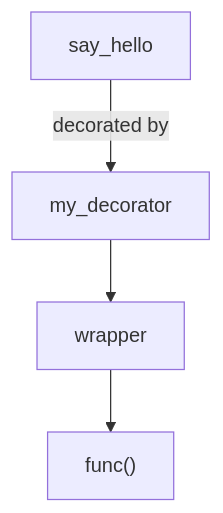
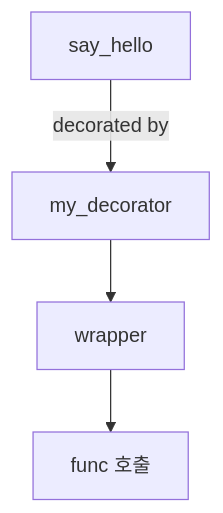
Before and after one commit to 42jerrykim/42jerrykim.github.io: the second of 16 diagrams in content/post/2024/2024-10-17-python-decorator/index.md, drawn with Mermaid. The commit also changed other lines of this file and 239 other files, not shown here.

````diff
--- a/content/post/2024/2024-10-17-python-decorator/index.md
+++ b/content/post/2024/2024-10-17-python-decorator/index.md
@@ -214,6 +173,10 @@
 ```mermaid
-graph TD;
-    A[say_hello] -->|decorated by| B[my_decorator]
-    B --> C[wrapper]
-    C --> D["func()"]
+graph TD
+    SayHello["say_hello"]
+    MyDecorator["my_decorator"]
+    Wrapper["wrapper"]
+    FuncCall["func 호출"]
+    SayHello -->|"decorated by"| MyDecorator
+    MyDecorator --> Wrapper
+    Wrapper --> FuncCall
 ```
````
